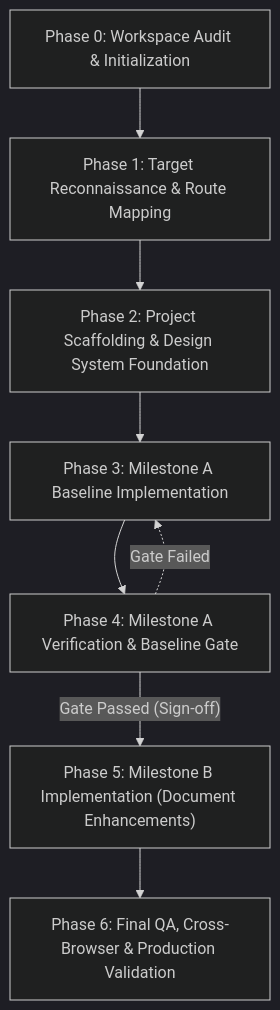
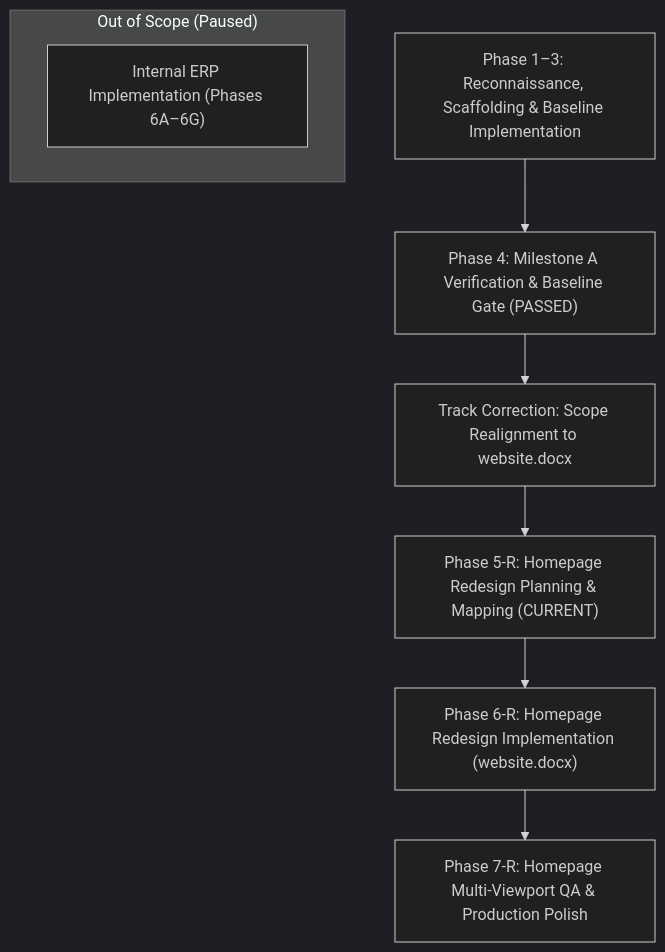
One commit to Sriikaran/octis-redesign changed the diagram in PROJECT_PLAN.md. Above: the diagram before and after it, drawn with Mermaid (dark theme). The commit also changed other lines of this file and 3 other files, not shown here.

Commit message:
feat(homepage): complete Phase 6-R1 hero positioning and AI-powered ERP messaging

````diff
--- a/PROJECT_PLAN.md
+++ b/PROJECT_PLAN.md
@@ -17,10 +29,12 @@
 ```mermaid
 flowchart TD
-    P0["Phase 0: Workspace Audit & Initialization"] --> P1["Phase 1: Target Reconnaissance & Route Mapping"]
-    P1 --> P2["Phase 2: Project Scaffolding & Design System Foundation"]
-    P2 --> P3["Phase 3: Milestone A Baseline Implementation"]
-    P3 --> P4["Phase 4: Milestone A Verification & Baseline Gate"]
-    P4 -->|"Gate Passed (Sign-off)"| P5["Phase 5: Milestone B Implementation (Document Enhancements)"]
-    P5 --> P6["Phase 6: Final QA, Cross-Browser & Production Validation"]
-    P4 -.->|"Gate Failed"| P3
+    P1["Phase 1–3: Reconnaissance, Scaffolding & Baseline Implementation"] --> P4["Phase 4: Milestone A Verification & Baseline Gate (PASSED)"]
+    P4 --> P_CORRECT["Track Correction: Scope Realignment to website.docx"]
+    P_CORRECT --> P_PLAN["Phase 5-R: Homepage Redesign Planning & Mapping (CURRENT)"]
+    P_PLAN --> P_IMPL["Phase 6-R: Homepage Redesign Implementation (website.docx)"]
+    P_IMPL --> P_QA["Phase 7-R: Homepage Multi-Viewport QA & Production Polish"]
+
+    subgraph OutOfScope["Out of Scope (Paused)"]
+        ERP["Internal ERP Implementation (Phases 6A–6G)"]
+    end
 ```
````
